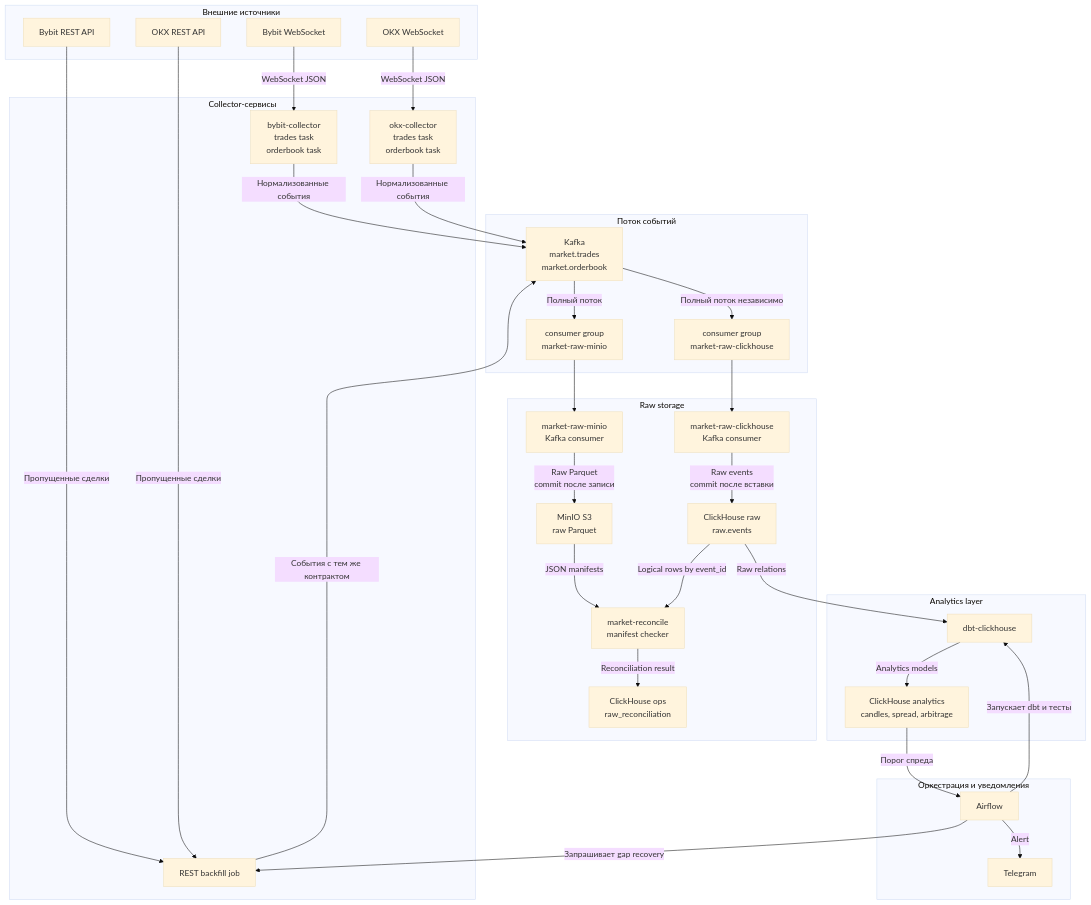
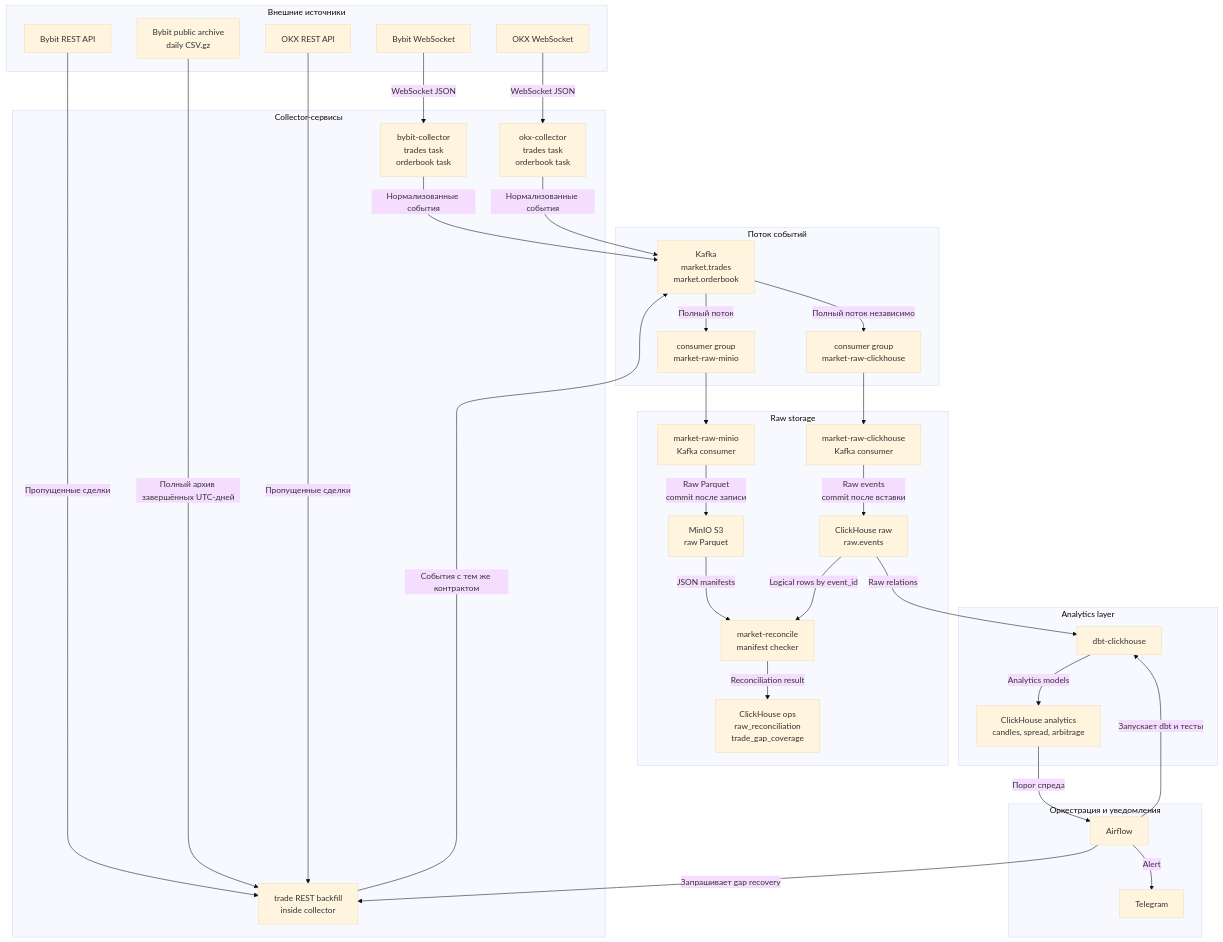
The diagram in docs/deployment.md (allfeia/crypto-market-pipeline), drawn with Mermaid (base theme) before and after one commit. The commit also changed 17 other files, not shown here.

Commit message:
REST-backfill

````diff
--- a/docs/deployment.md
+++ b/docs/deployment.md
@@ -3,67 +3,69 @@
 ```mermaid
 flowchart TB
     subgraph EXCHANGES[Внешние источники]
         BYBIT[Bybit WebSocket]
         OKX[OKX WebSocket]
         BYBIT_REST[Bybit REST API]
+        BYBIT_ARCHIVE[Bybit public archive<br/>daily CSV.gz]
         OKX_REST[OKX REST API]
     end
 
     subgraph COLLECTORS[Collector-сервисы]
         B_COL[bybit-collector<br/>trades task<br/>orderbook task]
         O_COL[okx-collector<br/>trades task<br/>orderbook task]
-        BACKFILL[REST backfill job]
+        BACKFILL[trade REST backfill<br/>inside collector]
     end
 
     subgraph STREAM[Поток событий]
         K[Kafka<br/>market.trades<br/>market.orderbook]
         G1[consumer group<br/>market-raw-minio]
         G2[consumer group<br/>market-raw-clickhouse]
     end
 
     subgraph RAW[Raw storage]
         A[market-raw-minio<br/>Kafka consumer]
         M[MinIO S3<br/>raw Parquet]
         CW[market-raw-clickhouse<br/>Kafka consumer]
         CR[ClickHouse raw<br/>raw.events]
         R[market-reconcile<br/>manifest checker]
-        OPS[ClickHouse ops<br/>raw_reconciliation]
+        OPS[ClickHouse ops<br/>raw_reconciliation<br/>trade_gap_coverage]
     end
 
     subgraph ANALYTICS[Analytics layer]
         D[dbt-clickhouse]
         C[ClickHouse analytics<br/>candles, spread, arbitrage]
     end
 
     subgraph ORCHESTRATION[Оркестрация и уведомления]
         AIR[Airflow]
         TG[Telegram]
     end
 
     BYBIT -->|WebSocket JSON| B_COL
     OKX -->|WebSocket JSON| O_COL
     BYBIT_REST -->|Пропущенные сделки| BACKFILL
+    BYBIT_ARCHIVE -->|Полный архив завершённых UTC-дней| BACKFILL
     OKX_REST -->|Пропущенные сделки| BACKFILL
 
     B_COL -->|Нормализованные события| K
     O_COL -->|Нормализованные события| K
     BACKFILL -->|События с тем же контрактом| K
 
     K -->|Полный поток| G1
     G1 --> A
     A -->|Raw Parquet<br/>commit после записи| M
 
     K -->|Полный поток независимо| G2
     G2 --> CW
     CW -->|Raw events<br/>commit после вставки| CR
     M -->|JSON manifests| R
     CR -->|Logical rows by event_id| R
     R -->|Reconciliation result| OPS
 
     CR -->|Raw relations| D
     D -->|Analytics models| C
     AIR -->|Запускает dbt и тесты| D
     C -->|Порог спреда| AIR
     AIR -->|Alert| TG
     AIR -->|Запрашивает gap recovery| BACKFILL
 ```
````
